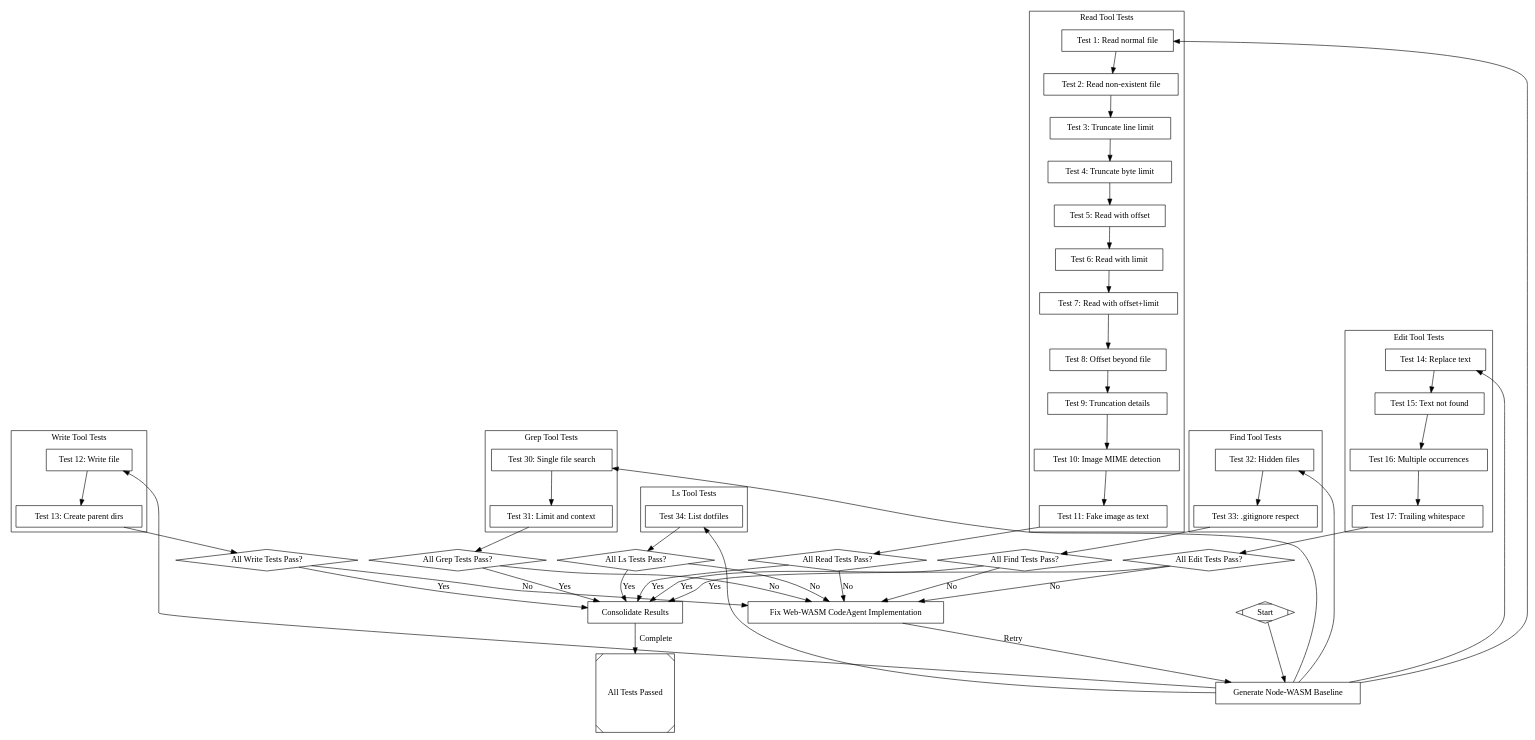
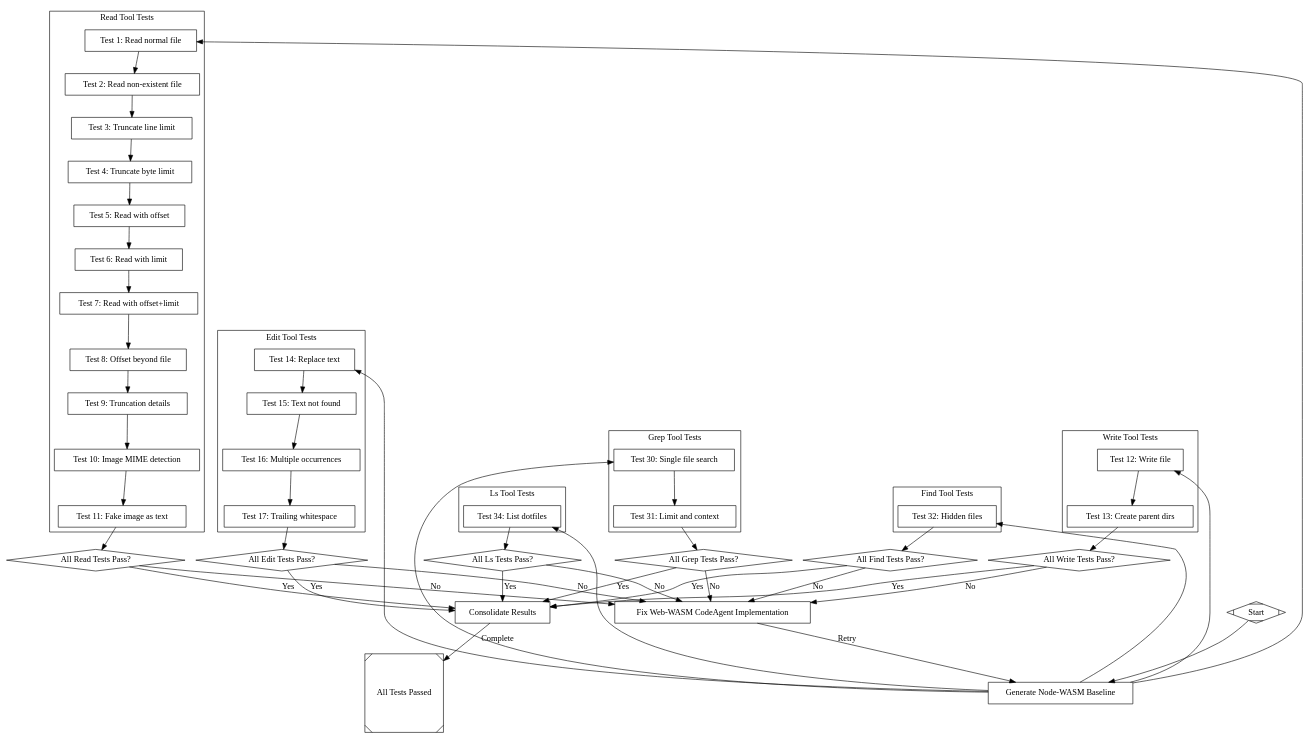
The diagram in dot/Web_CodeAgent_Tools_Validation.dot (Kingminghuang/smolagents-ts), drawn with Graphviz before and after one commit. The commit also changed 8 other files, not shown here.

Commit message:
feat: remove .gitignore support from FindTool and update related tests and validation flows

```diff
--- a/dot/Web_CodeAgent_Tools_Validation.dot
+++ b/dot/Web_CodeAgent_Tools_Validation.dot
@@ -126,7 +126,7 @@
         ]
     }
     
-    // Find Tool Tests (Tests 32-33)
+    // Find Tool Tests (Tests 32)
     subgraph cluster_find_tests {
         label="Find Tool Tests"
         
@@ -135,17 +135,13 @@
             prompt="Initialize a Web-WASM CodeAgent with ReadTool, WriteTool, EditTool, GrepTool, FindTool, and LsTool.\n\nThen run the CodeAgent with the following task:\n'Create a hidden directory .secret/ and a file inside .secret/hidden.txt. Also create a file visible.txt. Then find all text files (**/*.txt) in the current directory. Finally output the find result.'\n\nSatisfaction: Web-WASM CodeAgent generates code with output including hidden files matching Node-WASM CodeAgent baseline for Test 32"
         ]
         
-        test_find_33 [
-            label="Test 33: .gitignore respect",
-            prompt="Initialize a Web-WASM CodeAgent with ReadTool, WriteTool, EditTool, GrepTool, FindTool, and LsTool.\n\nThen run the CodeAgent with the following task:\n'Create a file named .gitignore with content ignored.txt. Create ignored.txt and kept.txt. Then find all text files (**/*.txt) in the current directory. Finally output the find result.'\n\nSatisfaction: Web-WASM CodeAgent generates code with output excluding gitignored files matching Node-WASM CodeAgent baseline for Test 33"
-        ]
     }
     
-    // Ls Tool Tests (Test 34)
+    // Ls Tool Tests (Test 33)
     subgraph cluster_ls_tests {
         label="Ls Tool Tests"
         
-        test_ls_34 [
+        test_ls_33 [
             label="Test 34: List dotfiles",
             prompt="Initialize a Web-WASM CodeAgent with ReadTool, WriteTool, EditTool, GrepTool, FindTool, and LsTool.\n\nThen run the CodeAgent with the following task:\n'Create a hidden file .hidden-file and a hidden directory .hidden-dir. Then list the contents of the current directory. Finally output the ls result.'\n\nSatisfaction: Web-WASM CodeAgent generates code with output including dotfiles and directories matching Node-WASM CodeAgent baseline for Test 34"
         ]
@@ -206,12 +202,11 @@
     
     // Find tests flow
     setup_baseline -> test_find_32
-    test_find_32 -> test_find_33
-    test_find_33 -> gate_find
+    test_find_32 -> gate_find
     
     // Ls tests flow
-    setup_baseline -> test_ls_34
-    test_ls_34 -> gate_ls
+    setup_baseline -> test_ls_33
+    test_ls_33 -> gate_ls
     
     // Gates to consolidation
     gate_read -> consolidate_results [label="Yes", condition="outcome=success"]
```
